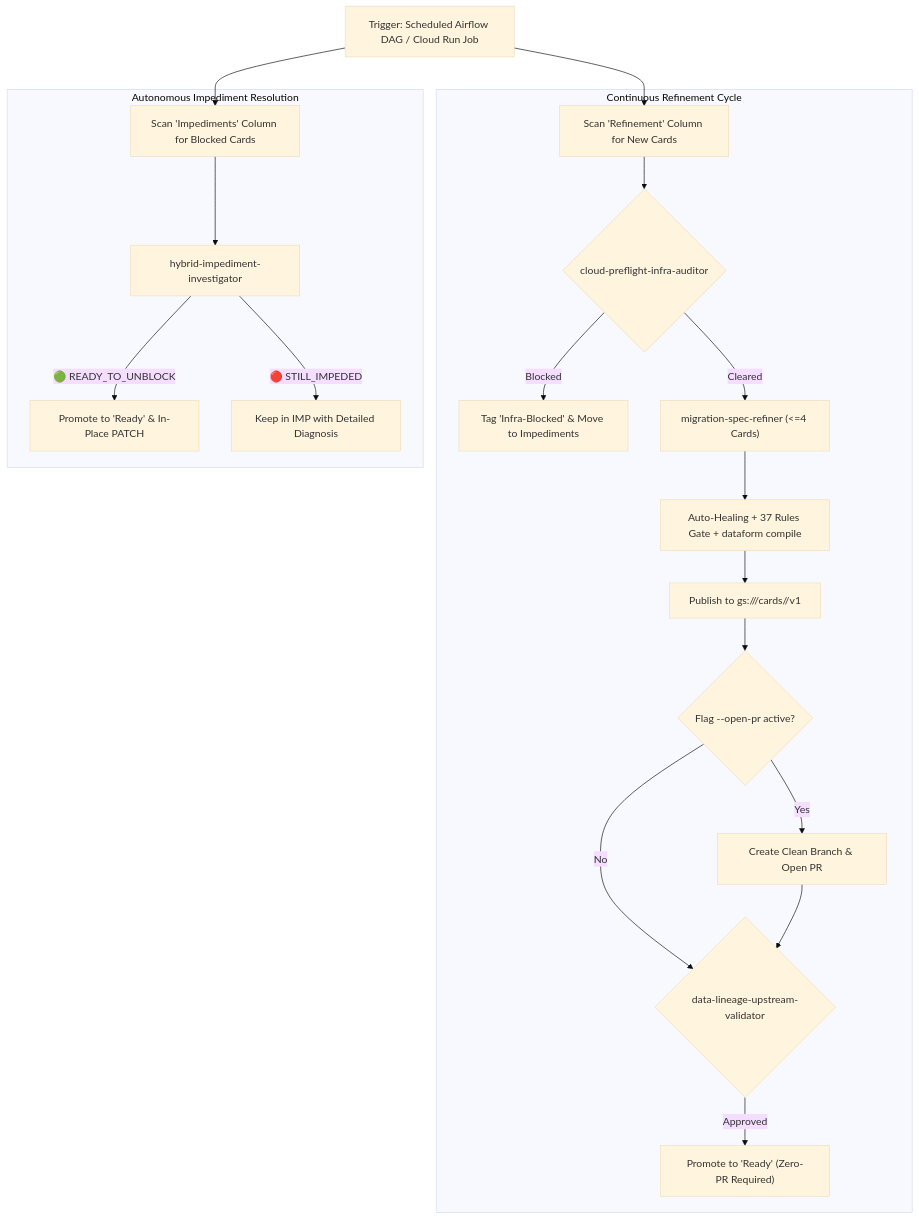
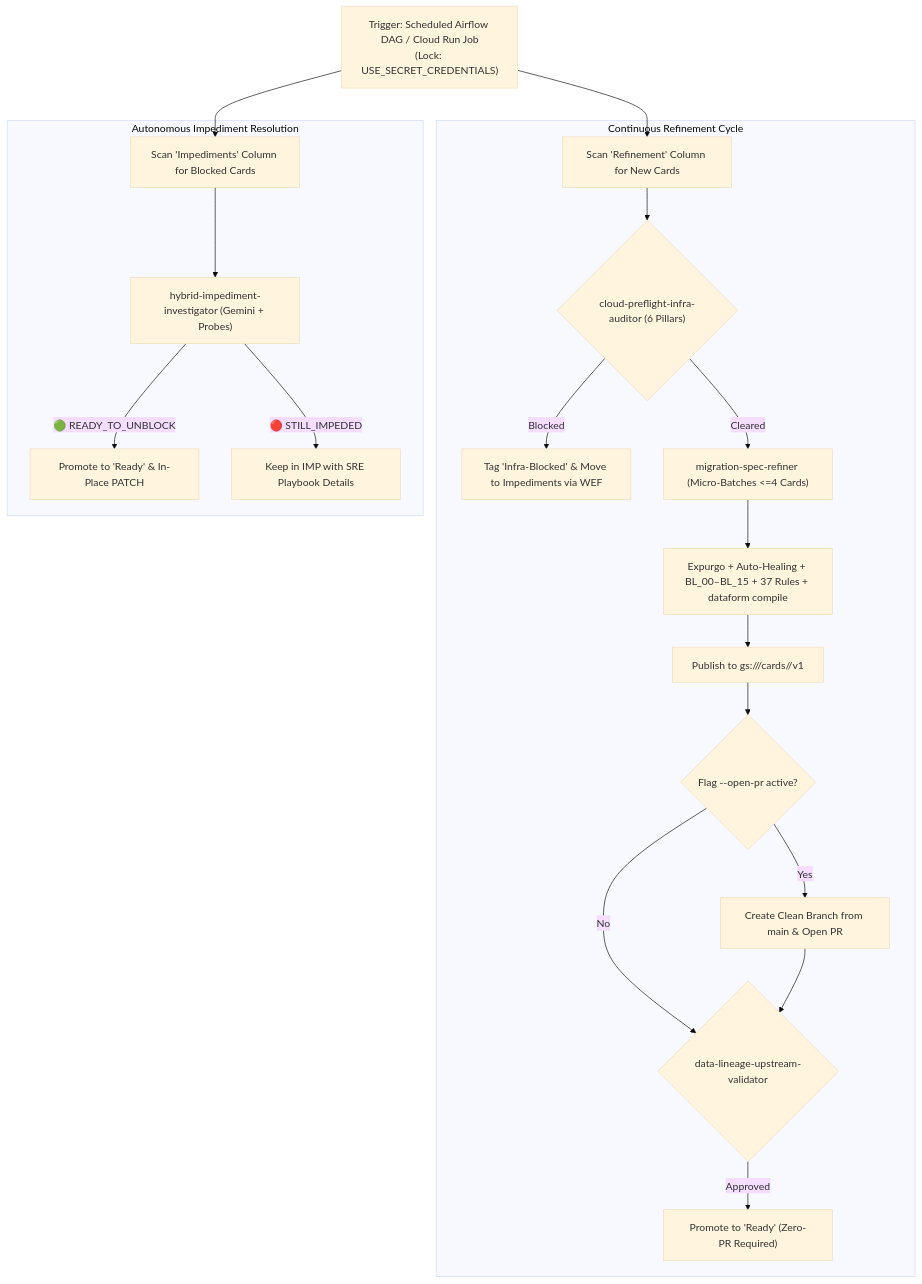
Before and after one commit to mvsimao/agent-skills: the fifth of 5 diagrams in README.md, drawn with Mermaid (base theme). The commit also changed other lines of this file and 16 other files, not shown here.

````diff
--- a/README.md
+++ b/README.md
@@ -182,24 +273,24 @@
 ```mermaid
 flowchart TD
-    START["Trigger: Scheduled Airflow DAG / Cloud Run Job"] --> SCAN1["Scan 'Refinement' Column for New Cards"]
+    START["Trigger: Scheduled Airflow DAG / Cloud Run Job\n(Lock: USE_SECRET_CREDENTIALS)"] --> SCAN1["Scan 'Refinement' Column for New Cards"]
     START --> SCAN2["Scan 'Impediments' Column for Blocked Cards"]
 
     subgraph REFINE_LOOP["Continuous Refinement Cycle"]
-        SCAN1 --> PF{"cloud-preflight-infra-auditor"}
-        PF -->|Blocked| TAG_IMP["Tag 'Infra-Blocked' & Move to Impediments"]
-        PF -->|Cleared| REF["migration-spec-refiner (<=4 Cards)"]
-        REF --> HEAL_GATE["Auto-Healing + 37 Rules Gate + dataform compile"]
+        SCAN1 --> PF{"cloud-preflight-infra-auditor (6 Pillars)"}
+        PF -->|Blocked| TAG_IMP["Tag 'Infra-Blocked' & Move to Impediments via WEF"]
+        PF -->|Cleared| REF["migration-spec-refiner (Micro-Batches <=4 Cards)"]
+        REF --> HEAL_GATE["Expurgo + Auto-Healing + BL_00–BL_15 + 37 Rules + dataform compile"]
         HEAL_GATE --> PUB_GCS["Publish to gs://<artifacts-bucket>/cards/<id>/v1"]
         PUB_GCS --> OPT_PR{"Flag --open-pr active?"}
-        OPT_PR -->|Yes| OPEN_PR["Create Clean Branch & Open PR"]
+        OPT_PR -->|Yes| OPEN_PR["Create Clean Branch from main & Open PR"]
         OPT_PR -->|No| LIN_CHECK{"data-lineage-upstream-validator"}
         OPEN_PR --> LIN_CHECK
         LIN_CHECK -->|Approved| PROMOTE["Promote to 'Ready' (Zero-PR Required)"]
     end
 
     subgraph UNBLOCK_LOOP["Autonomous Impediment Resolution"]
-        SCAN2 --> HYBRID["hybrid-impediment-investigator"]
+        SCAN2 --> HYBRID["hybrid-impediment-investigator (Gemini + Probes)"]
         HYBRID -->|🟢 READY_TO_UNBLOCK| PROMOTE2["Promote to 'Ready' & In-Place PATCH"]
-        HYBRID -->|🔴 STILL_IMPEDED| KEEP["Keep in IMP with Detailed Diagnosis"]
+        HYBRID -->|🔴 STILL_IMPEDED| KEEP["Keep in IMP with SRE Playbook Details"]
     end
 ```
````
